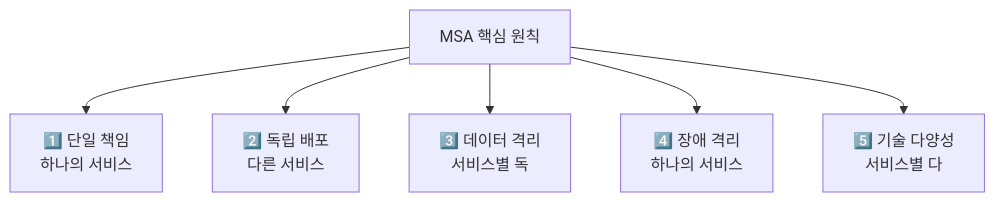
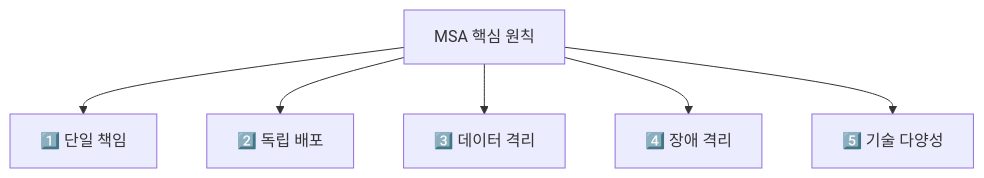
The second of 15 diagrams in _posts/architecture/2026-05-02-msa-deep.md (yjkim2015/yjkim2015.github.io), drawn with Mermaid before and after one commit. The commit also changed other lines of this file and 217 other files, not shown here.

First line of the commit message:
Mermaid 크기 수정: useMaxWidth:true + SVG max-width:100% + 라벨 축소

````diff
--- a/_posts/architecture/2026-05-02-msa-deep.md
+++ b/_posts/architecture/2026-05-02-msa-deep.md
@@ -42,9 +42,9 @@
 ```mermaid
 graph TD
     MSA_Principles["MSA 핵심 원칙"]
-    MSA_Principles --> P1["1️⃣ 단일 책임\n하나의 서비스"]
-    MSA_Principles --> P2["2️⃣ 독립 배포\n다른 서비스"]
-    MSA_Principles --> P3["3️⃣ 데이터 격리\n서비스별 독"]
-    MSA_Principles --> P4["4️⃣ 장애 격리\n하나의 서비스"]
-    MSA_Principles --> P5["5️⃣ 기술 다양성\n서비스별 다"]
+    MSA_Principles --> P1["1️⃣ 단일 책임"]
+    MSA_Principles --> P2["2️⃣ 독립 배포"]
+    MSA_Principles --> P3["3️⃣ 데이터 격리"]
+    MSA_Principles --> P4["4️⃣ 장애 격리"]
+    MSA_Principles --> P5["5️⃣ 기술 다양성"]
 ```
````
